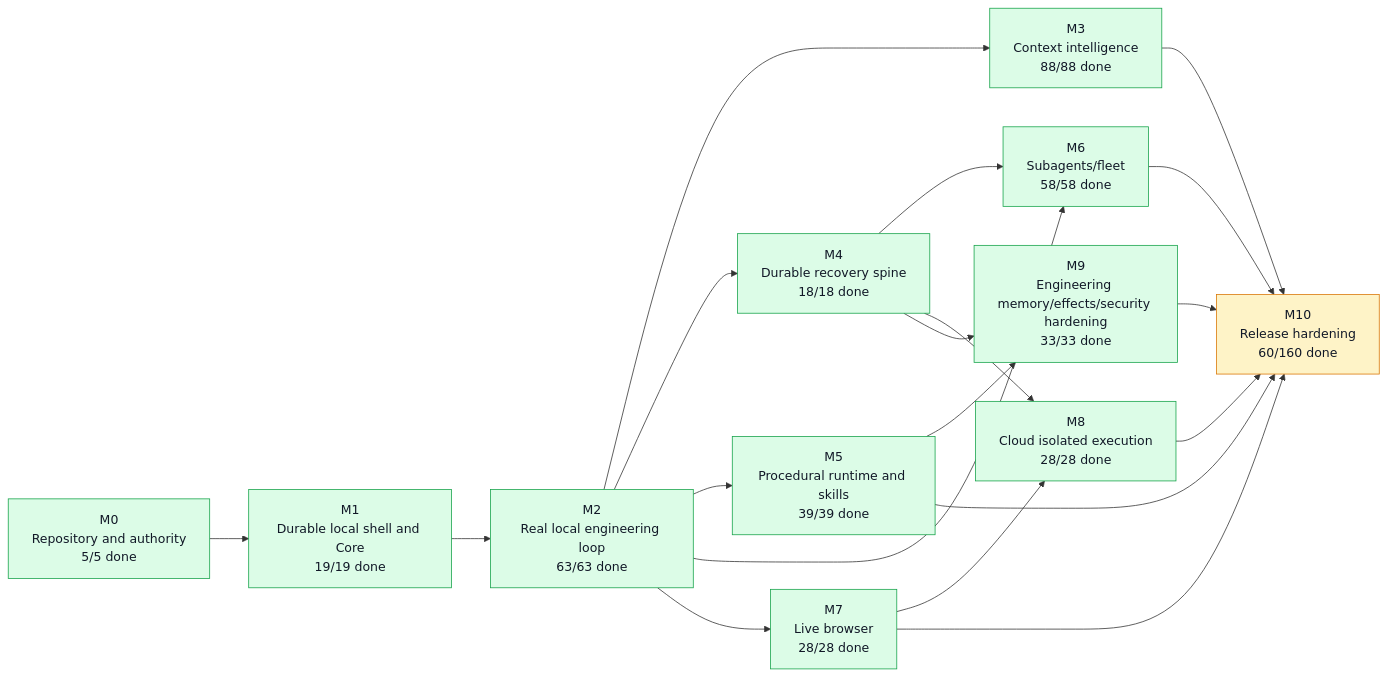
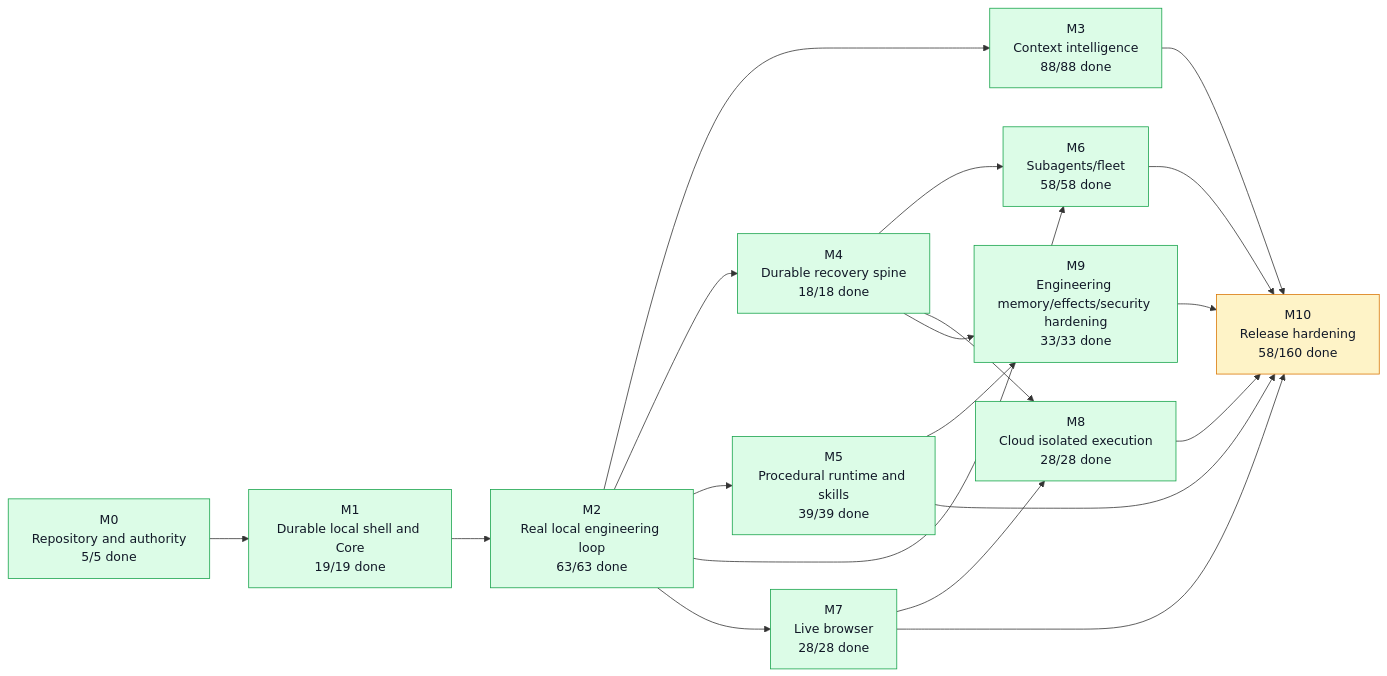
The first of 5 diagrams in graph/PROJECT_GRAPH.md (moss101/modbit), drawn with Mermaid before and after one commit. The commit also changed other lines of this file and 14 other files, not shown here.

First line of the commit message:
chore(dossier): graph audit of the desktop rows at d4c5458a; PX-196 and PX-197 back to REAL_TESTING

````diff
--- a/graph/PROJECT_GRAPH.md
+++ b/graph/PROJECT_GRAPH.md
@@ -57,43 +57,43 @@
 ```mermaid
 flowchart LR
   M0["M0<br/>Repository and authority<br/>5/5 done"]
   M1["M1<br/>Durable local shell and Core<br/>19/19 done"]
   M2["M2<br/>Real local engineering loop<br/>63/63 done"]
   M3["M3<br/>Context intelligence<br/>88/88 done"]
   M4["M4<br/>Durable recovery spine<br/>18/18 done"]
   M5["M5<br/>Procedural runtime and skills<br/>39/39 done"]
   M6["M6<br/>Subagents/fleet<br/>58/58 done"]
   M7["M7<br/>Live browser<br/>28/28 done"]
   M8["M8<br/>Cloud isolated execution<br/>28/28 done"]
   M9["M9<br/>Engineering memory/effects/security hardening<br/>33/33 done"]
-  M10["M10<br/>Release hardening<br/>60/160 done"]
+  M10["M10<br/>Release hardening<br/>58/160 done"]
   M0 --> M1
   M1 --> M2
   M2 --> M3
   M2 --> M4
   M2 --> M5
   M2 --> M6
   M4 --> M6
   M2 --> M7
   M4 --> M8
   M7 --> M8
   M4 --> M9
   M5 --> M9
   M3 --> M10
   M5 --> M10
   M6 --> M10
   M7 --> M10
   M8 --> M10
   M9 --> M10
   style M0 fill:#dcfce7,stroke:#16a34a,color:#111827
   style M1 fill:#dcfce7,stroke:#16a34a,color:#111827
   style M2 fill:#dcfce7,stroke:#16a34a,color:#111827
   style M3 fill:#dcfce7,stroke:#16a34a,color:#111827
   style M4 fill:#dcfce7,stroke:#16a34a,color:#111827
   style M5 fill:#dcfce7,stroke:#16a34a,color:#111827
   style M6 fill:#dcfce7,stroke:#16a34a,color:#111827
   style M7 fill:#dcfce7,stroke:#16a34a,color:#111827
   style M8 fill:#dcfce7,stroke:#16a34a,color:#111827
   style M9 fill:#dcfce7,stroke:#16a34a,color:#111827
   style M10 fill:#fef3c7,stroke:#d97706,color:#111827
 ```
````
